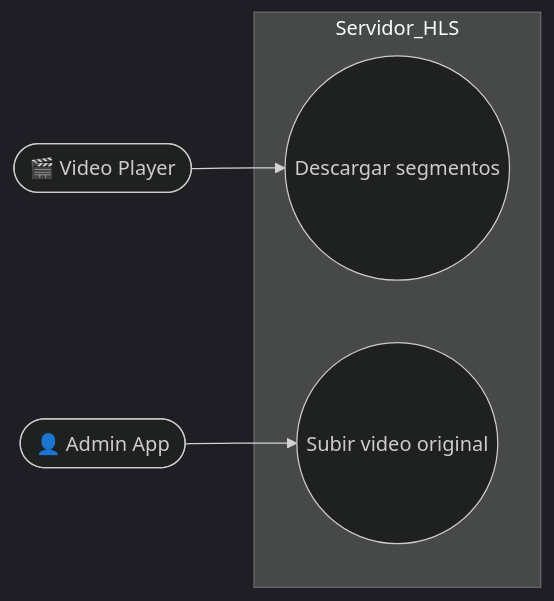
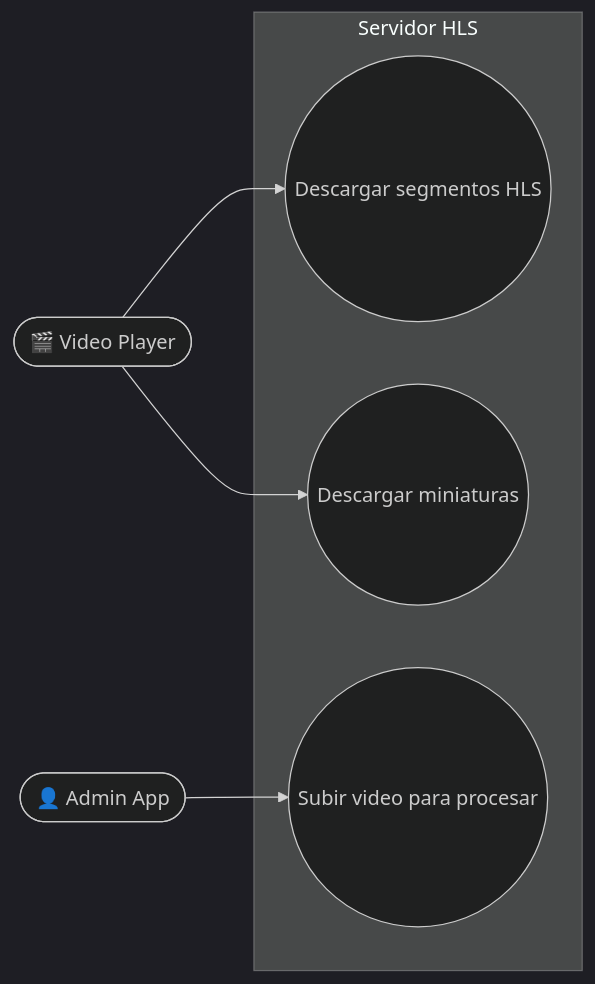
Before and after one commit to ComfyPenguin/Bloste-Docs: the first of 4 diagrams in docs/backend/servicio_contenidos.md, drawn with Mermaid (dark theme). The commit also changed other lines of this file and 9 other files, not shown here.

````diff
--- a/docs/backend/servicio_contenidos.md
+++ b/docs/backend/servicio_contenidos.md
@@ -26,14 +37,16 @@
 ```mermaid
 flowchart LR
     Player([🎬 Video Player])
-    Admin([👤 Admin App ])
+    Admin([👤 Admin App])
 
-    subgraph Servidor_HLS
-        DescargarSegmentos((Descargar segmentos))
-        SubirVideo((Subir video original))
+    subgraph Servidor HLS
+        DescargarSegmentos((Descargar segmentos HLS))
+        DescargarThumbnails((Descargar miniaturas))
+        SubirVideo((Subir video para procesar))
     end
 
     Player --> DescargarSegmentos
+    Player --> DescargarThumbnails
     Admin --> SubirVideo
 
 ```
````
